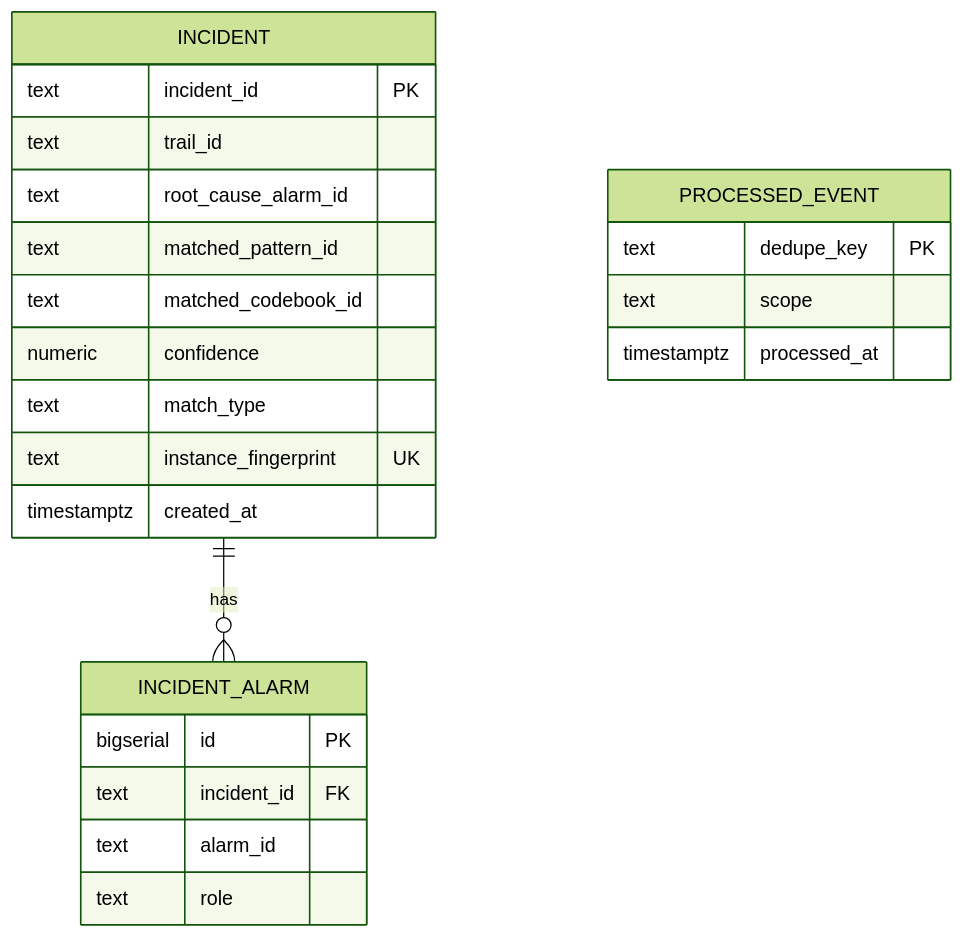
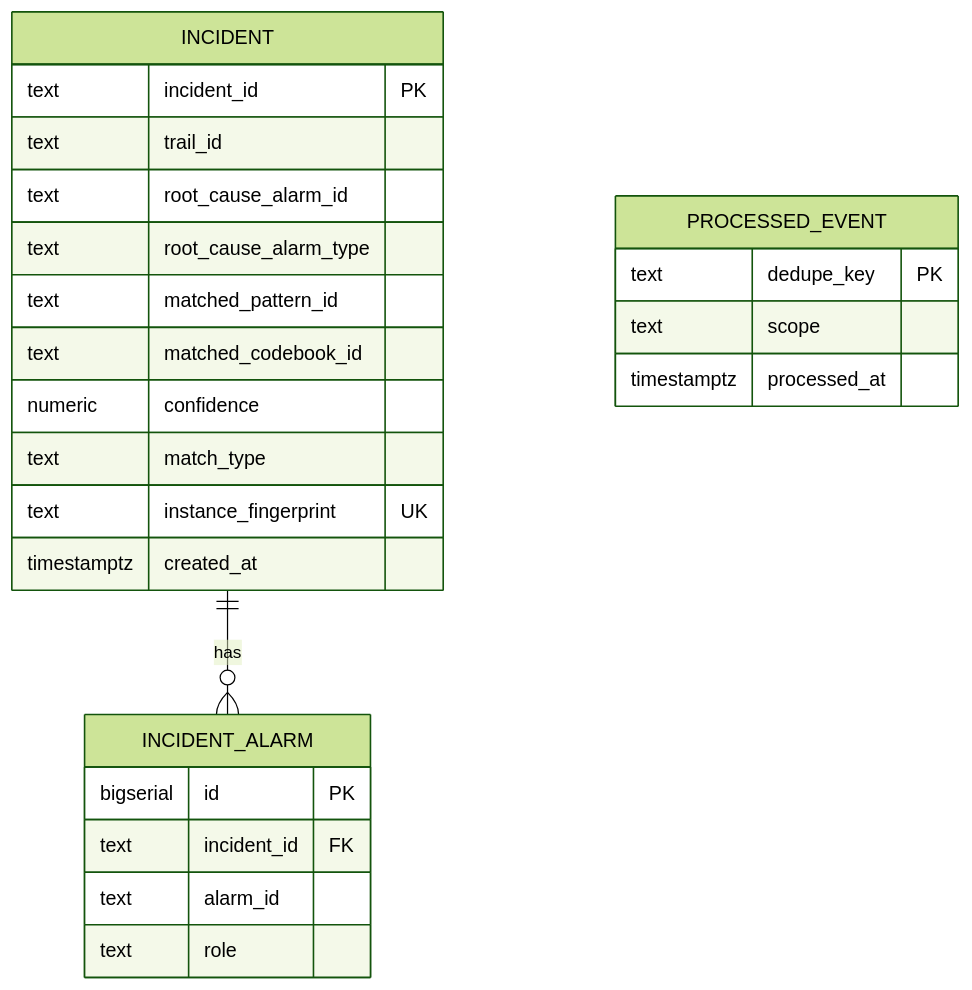
The fourth of 10 diagrams in services/correlation-engine/design.md (nikhilmohan/correlation-platform), drawn with Mermaid (forest theme) before and after one commit. The commit also changed other lines of this file and 1 other file, not shown here.

````diff
--- a/services/correlation-engine/design.md
+++ b/services/correlation-engine/design.md
@@ -307,26 +335,27 @@
 ```mermaid
 erDiagram
   INCIDENT ||--o{ INCIDENT_ALARM : has
   INCIDENT {
     text incident_id PK
     text trail_id
     text root_cause_alarm_id
+    text root_cause_alarm_type
     text matched_pattern_id
     text matched_codebook_id
     numeric confidence
     text match_type
     text instance_fingerprint UK
     timestamptz created_at
   }
   INCIDENT_ALARM {
     bigserial id PK
     text incident_id FK
     text alarm_id
     text role
   }
   PROCESSED_EVENT {
     text dedupe_key PK
     text scope
     timestamptz processed_at
   }
 ```
````
